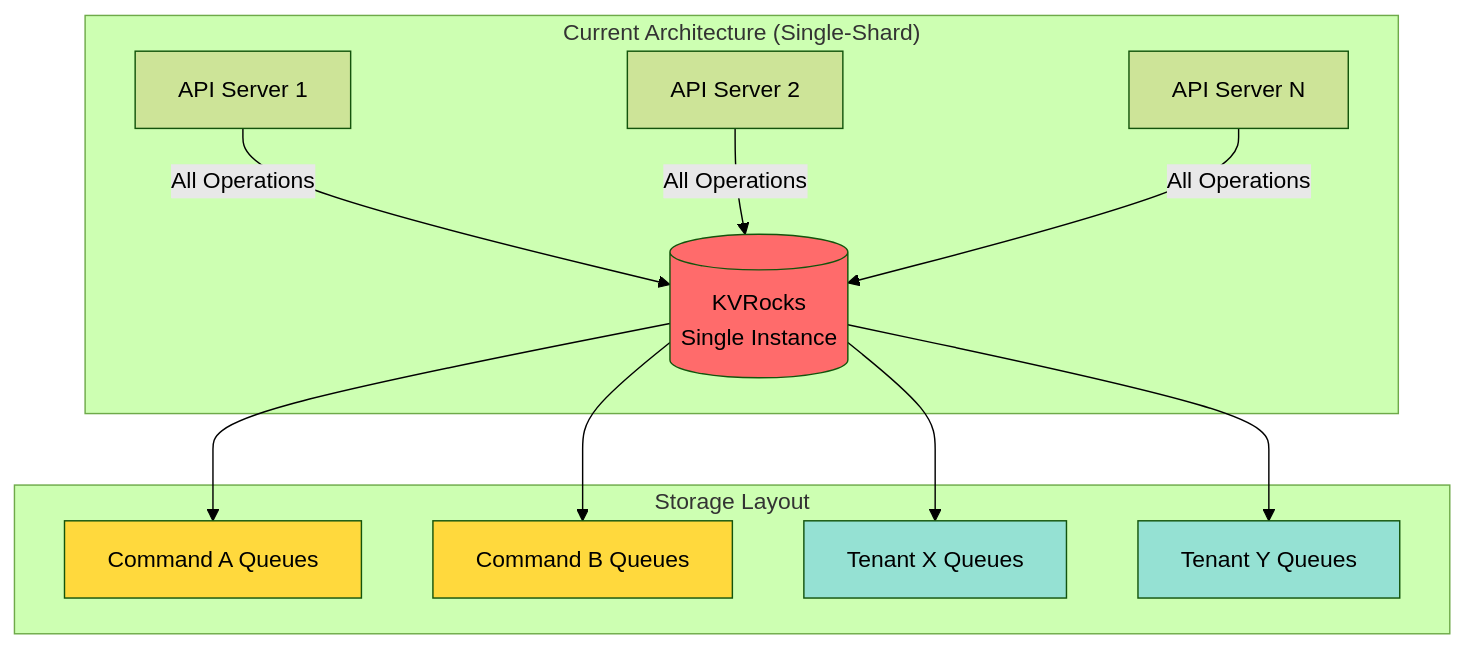
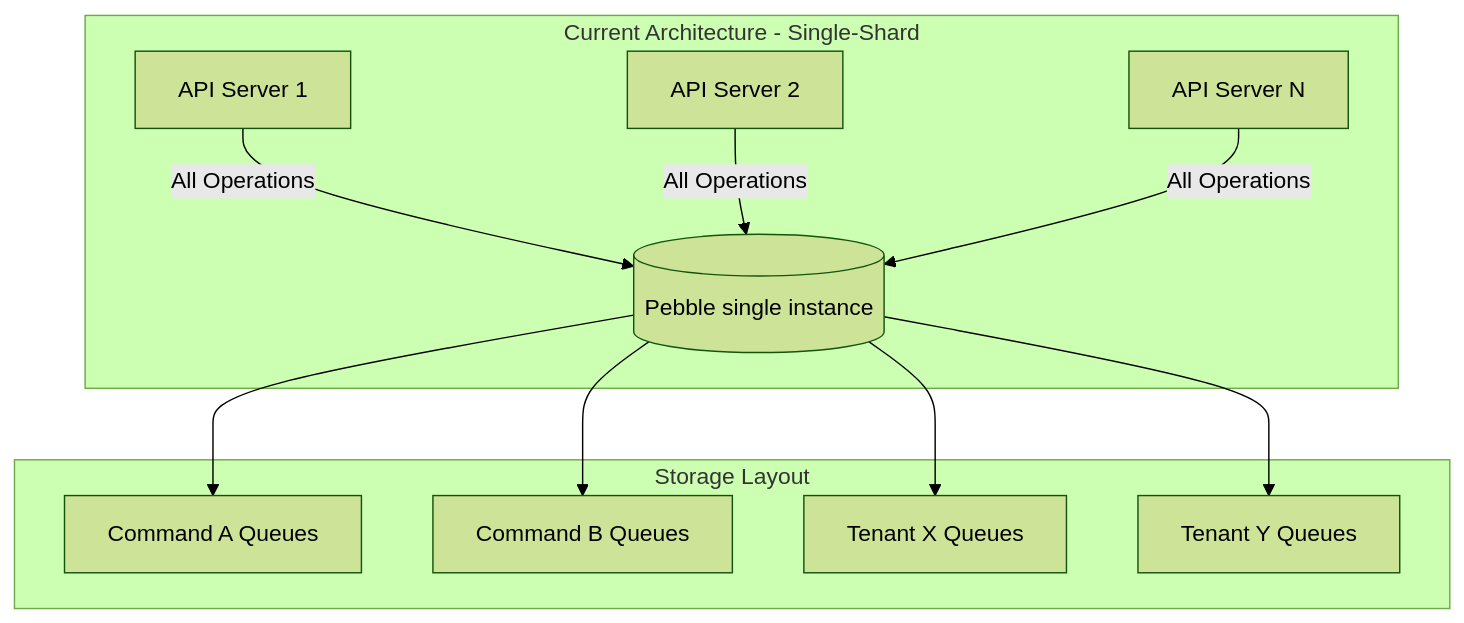
One commit to osvaldoandrade/codeq changed the first of 3 diagrams in docs/24-queue-sharding-hld.md. Above: the diagram before and after it, drawn with Mermaid (forest theme). The commit also changed other lines of this file and 70 other files, not shown here.

````diff
--- a/docs/24-queue-sharding-hld.md
+++ b/docs/24-queue-sharding-hld.md
@@ -21,26 +21,20 @@
 ```mermaid
 graph TB
-    subgraph "Current Architecture (Single-Shard)"
-        API1[API Server 1]
-        API2[API Server 2]
-        API3[API Server N]
-        KV[(KVRocks<br/>Single Instance)]
-        
-        API1 -->|All Operations| KV
-        API2 -->|All Operations| KV
-        API3 -->|All Operations| KV
-    end
-    
-    subgraph "Storage Layout"
-        KV --> Q1[Command A Queues]
-        KV --> Q2[Command B Queues]
-        KV --> Q3[Tenant X Queues]
-        KV --> Q4[Tenant Y Queues]
-    end
-    
-    style KV fill:#ff6b6b
-    style Q1 fill:#ffd93d
-    style Q2 fill:#ffd93d
-    style Q3 fill:#95e1d3
-    style Q4 fill:#95e1d3
+  subgraph Current[Current Architecture - Single-Shard]
+    API1[API Server 1]
+    API2[API Server 2]
+    API3[API Server N]
+    PEB[(Pebble single instance)]
+
+    API1 -->|All Operations| PEB
+    API2 -->|All Operations| PEB
+    API3 -->|All Operations| PEB
+  end
+
+  subgraph Layout[Storage Layout]
+    PEB --> Q1[Command A Queues]
+    PEB --> Q2[Command B Queues]
+    PEB --> Q3[Tenant X Queues]
+    PEB --> Q4[Tenant Y Queues]
+  end
 ```
````
